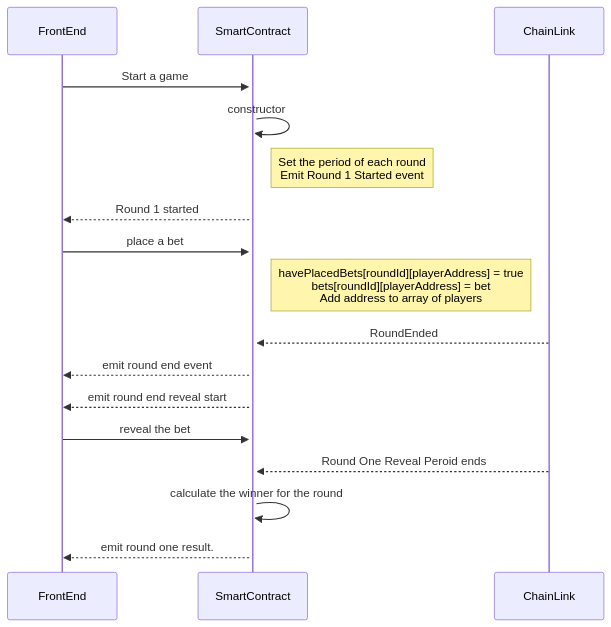
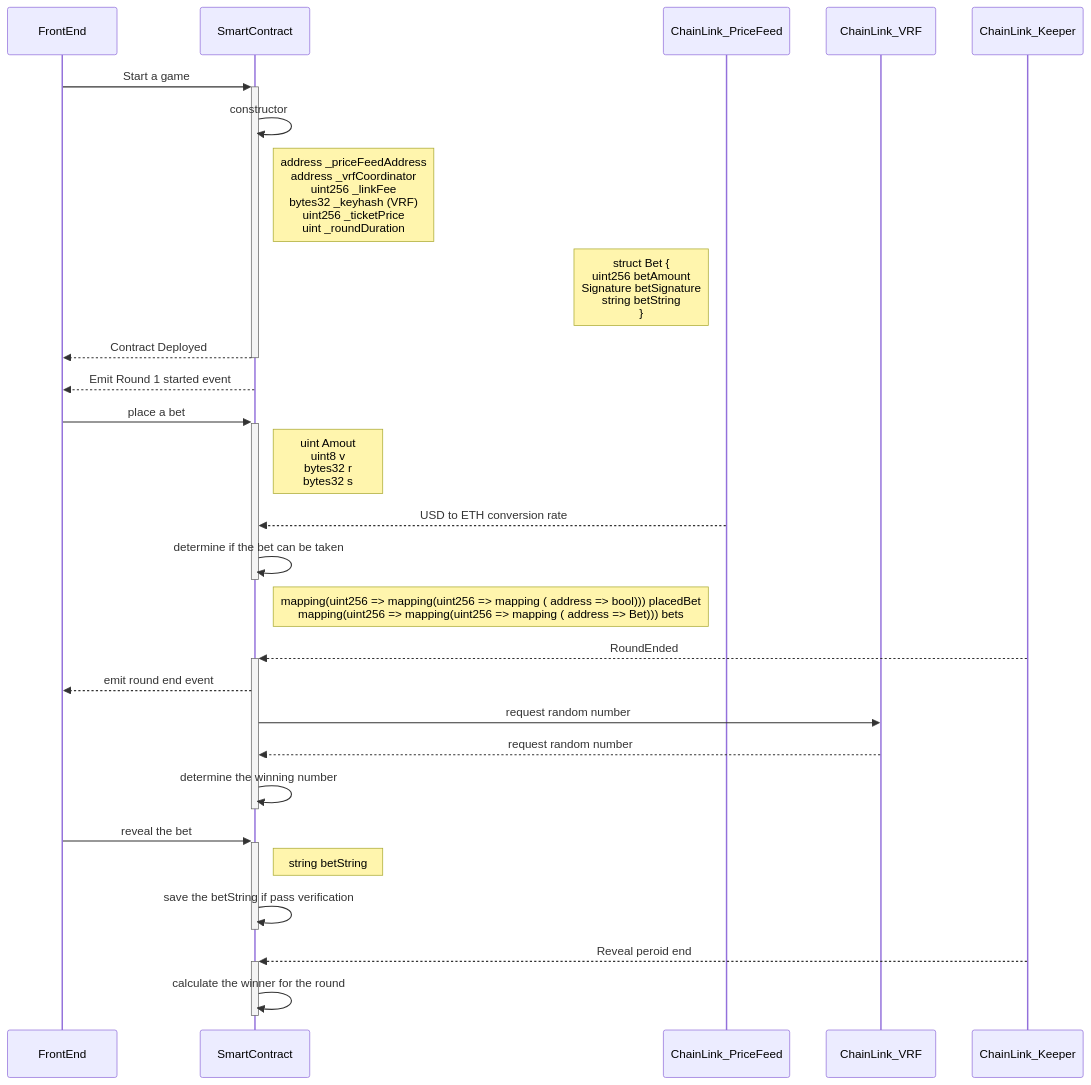
Before and after one commit to encode-solidity-bootcamp-group22/cryptoJenga: the diagram in README.md, drawn with Mermaid. The commit also changed other lines of this file and 1 other file, not shown here.

````diff
--- a/README.md
+++ b/README.md
@@ -8,27 +9,37 @@
 ```mermaid
 sequenceDiagram
     participant FrontEnd
     participant SmartContract
-    participant ChainLink
+    participant ChainLink_PriceFeed
+    participant ChainLink_VRF
+    participant ChainLink_Keeper
 
     FrontEnd->>+SmartContract: Start a game
-    SmartContract->>SmartContract: constructor
+    SmartContract->>SmartContract: constructor 
 
-    Note right of SmartContract: Set the period of each round<br/>Emit Round 1 Started event
+    Note right of SmartContract: address _priceFeedAddress <br/>address _vrfCoordinator <br>uint256 _linkFee<br>bytes32 _keyhash (VRF)<br>uint256 _ticketPrice<br>uint _roundDuration
+   Note left of ChainLink_PriceFeed:   struct Bet {<br>uint256 betAmount<br>Signature betSignature<br>string betString<br>}
+ 
+    SmartContract -->> -FrontEnd: Contract Deployed
 
-    SmartContract -->> FrontEnd: Round 1 started
+    SmartContract -->> FrontEnd: Emit Round 1 started event
 
-    FrontEnd ->> SmartContract: place a bet
-    Note right of SmartContract: havePlacedBets[roundId][playerAddress] = true <br/>bets[roundId][playerAddress] = bet<br>Add address to array of players
-    ChainLink-->>SmartContract: RoundEnded
+    FrontEnd ->> +SmartContract: place a bet
+    Note right of SmartContract: uint Amout <br/>uint8 v<br>bytes32 r<br>bytes32 s;
+    ChainLink_PriceFeed -->>SmartContract: USD to ETH conversion rate
+    SmartContract ->>-SmartContract: determine if the bet can be taken
+    Note right of SmartContract:mapping(uint256 => mapping(uint256 => mapping ( address => bool))) placedBet<br> mapping(uint256 => mapping(uint256 => mapping ( address => Bet))) bets
+
+    ChainLink_Keeper-->>+SmartContract: RoundEnded
     SmartContract-->>FrontEnd: emit round end event
+    SmartContract->>ChainLink_VRF: request random number
+    ChainLink_VRF-->>SmartContract: request random number
+    SmartContract ->>-SmartContract: determine the winning number
 
-   SmartContract-->>FrontEnd: emit round end reveal start
-   FrontEnd->>SmartContract: reveal the bet
+    FrontEnd ->> +SmartContract: reveal the bet
+    Note right of SmartContract: string betString
+    SmartContract ->>-SmartContract: save the betString if pass verification
 
-   ChainLink-->>SmartContract: Round One Reveal Peroid ends
-
-   SmartContract->>SmartContract: calculate the winner for the round
-
-    SmartContract-->>FrontEnd: emit round one result.
+    ChainLink_Keeper-->>+SmartContract: Reveal peroid end
+    SmartContract->>-SmartContract: calculate the winner for the round
 ```
````
